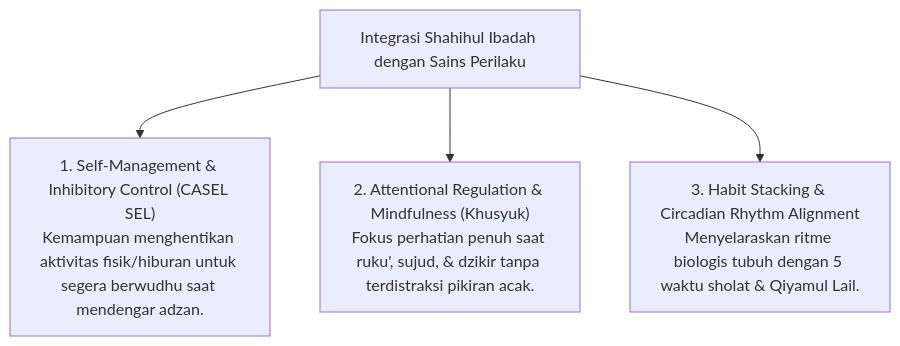
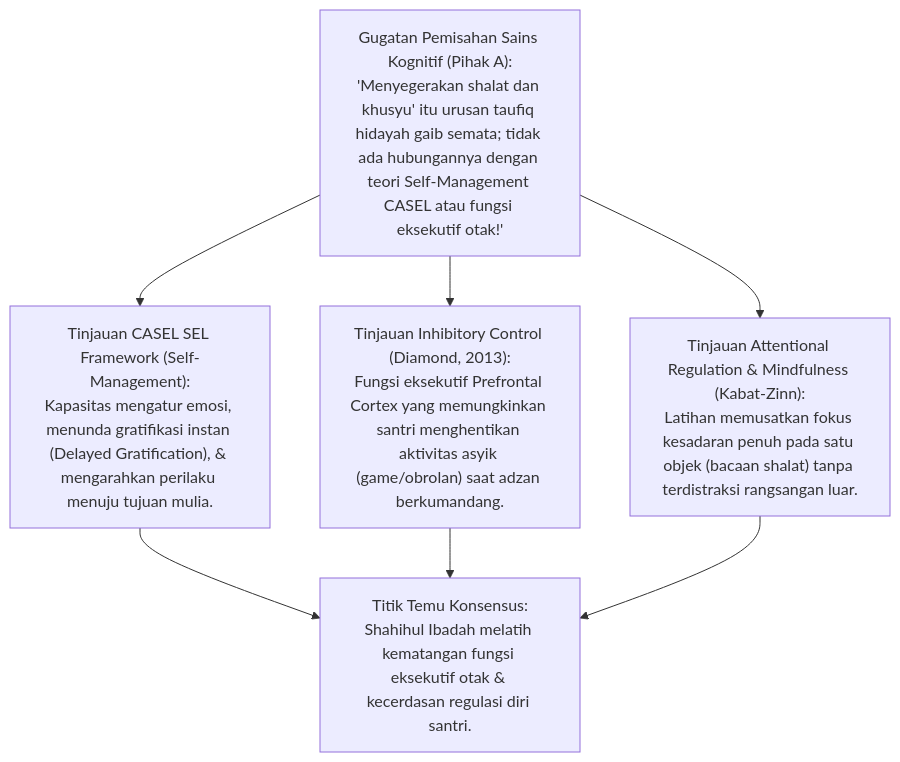
Before and after one commit to wandiapriliyandi/tumbuh: the third of 7 diagrams in 03 Capacity Framework/05 Shahihul Ibadah/P3-05-02-Definisi-dan-Konseptualisasi.md, drawn with Mermaid. The commit also changed other lines of this file and 15 other files, not shown here.

Commit message:
docs(domain-05): complete comprehensive research monographs for 05 Shahihul Ibadah (14 sub-modules + master doc + README)

````diff
--- a/03 Capacity Framework/05 Shahihul Ibadah/P3-05-02-Definisi-dan-Konseptualisasi.md
+++ b/03 Capacity Framework/05 Shahihul Ibadah/P3-05-02-Definisi-dan-Konseptualisasi.md
@@ -17,8 +117,8 @@
 ```mermaid
 graph TD
-    Ibadah_SEL["Integrasi Shahihul Ibadah dengan Sains Perilaku"]
-    
-    Ibadah_SEL --> S1["1. Self-Management & Inhibitory Control (CASEL SEL)<br/>Kemampuan menghentikan aktivitas fisik/hiburan untuk segera berwudhu saat mendengar adzan."]
-    Ibadah_SEL --> S2["2. Attentional Regulation & Mindfulness (Khusyuk)<br/>Fokus perhatian penuh saat ruku', sujud, & dzikir tanpa terdistraksi pikiran acak."]
-    Ibadah_SEL --> S3["3. Habit Stacking & Circadian Rhythm Alignment<br/>Menyelaraskan ritme biologis tubuh dengan 5 waktu sholat & Qiyamul Lail."]
+    A["Gugatan Pemisahan Sains Kognitif (Pihak A):<br/>'Menyegerakan shalat dan khusyu' itu urusan taufiq hidayah gaib semata; tidak ada hubungannya dengan teori Self-Management CASEL atau fungsi eksekutif otak!'"]
+    --> B1["Tinjauan CASEL SEL Framework (Self-Management):<br/>Kapasitas mengatur emosi, menunda gratifikasi instan (Delayed Gratification), & mengarahkan perilaku menuju tujuan mulia."]
+    A --> B2["Tinjauan Inhibitory Control (Diamond, 2013):<br/>Fungsi eksekutif Prefrontal Cortex yang memungkinkan santri menghentikan aktivitas asyik (game/obrolan) saat adzan berkumandang."]
+    A --> B3["Tinjauan Attentional Regulation & Mindfulness (Kabat-Zinn):<br/>Latihan memusatkan fokus kesadaran penuh pada satu objek (bacaan shalat) tanpa terdistraksi rangsangan luar."]
+    B1 & B2 & B3 --> C["Titik Temu Konsensus:<br/>Shahihul Ibadah melatih kematangan fungsi eksekutif otak & kecerdasan regulasi diri santri."]
 ```
````
